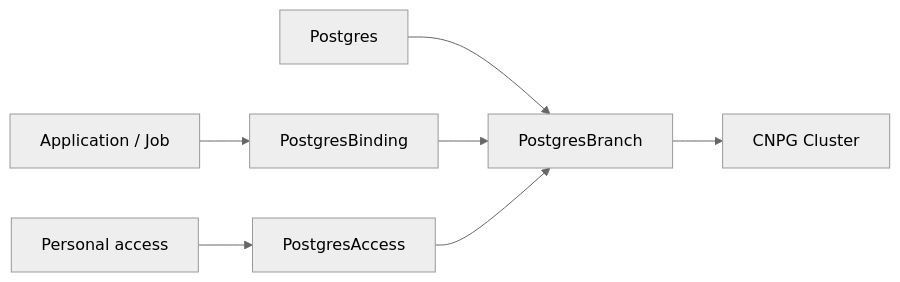
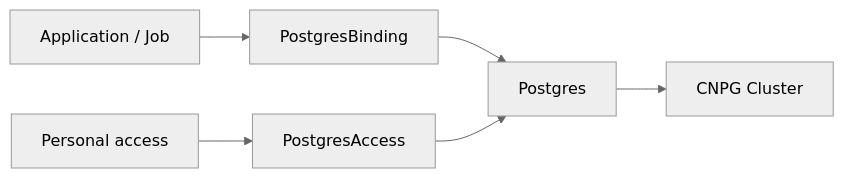
The diagram in docs/technical/nais-database.md (nais/handbook), drawn with Mermaid (neutral theme) before and after one commit. The commit also changed other lines of this file, not shown here.

Commit message:
docs: correct Postgres ownership and PITR model

````diff
--- a/docs/technical/nais-database.md
+++ b/docs/technical/nais-database.md
@@ -20,9 +19,8 @@
 ```mermaid
 flowchart LR
-    postgres[Postgres] --> branch[PostgresBranch]
-    branch --> cluster[CNPG Cluster]
+    postgres[Postgres] --> cluster[CNPG Cluster]
     workload[Application / Job] --> binding[PostgresBinding]
-    binding --> branch
+    binding --> postgres
     person[Personal access] --> access[PostgresAccess]
-    access --> branch
+    access --> postgres
 ```
````
